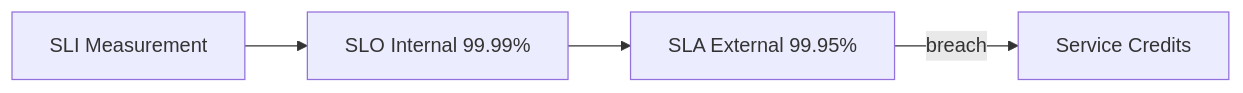
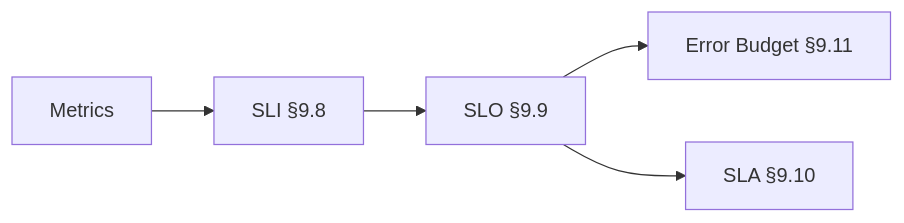
One commit to hareramcse/SystemDesign changed the third of 5 diagrams in 09-observability/README.md. Above: the diagram before and after it, drawn with Mermaid. The commit also changed other lines of this file, not shown here.

````diff
--- a/09-observability/README.md
+++ b/09-observability/README.md
@@ -903,6 +69,7 @@
 ```mermaid
 flowchart LR
-    SLI[SLI Measurement] --> SLO[SLO Internal 99.99%]
-    SLO --> SLA[SLA External 99.95%]
-    SLA -->|breach| Credit[Service Credits]
+    M[Metrics] --> SLI[SLI §9.8]
+    SLI --> SLO[SLO §9.9]
+    SLO --> EB[Error Budget §9.11]
+    SLO --> SLA[SLA §9.10]
 ```
````
